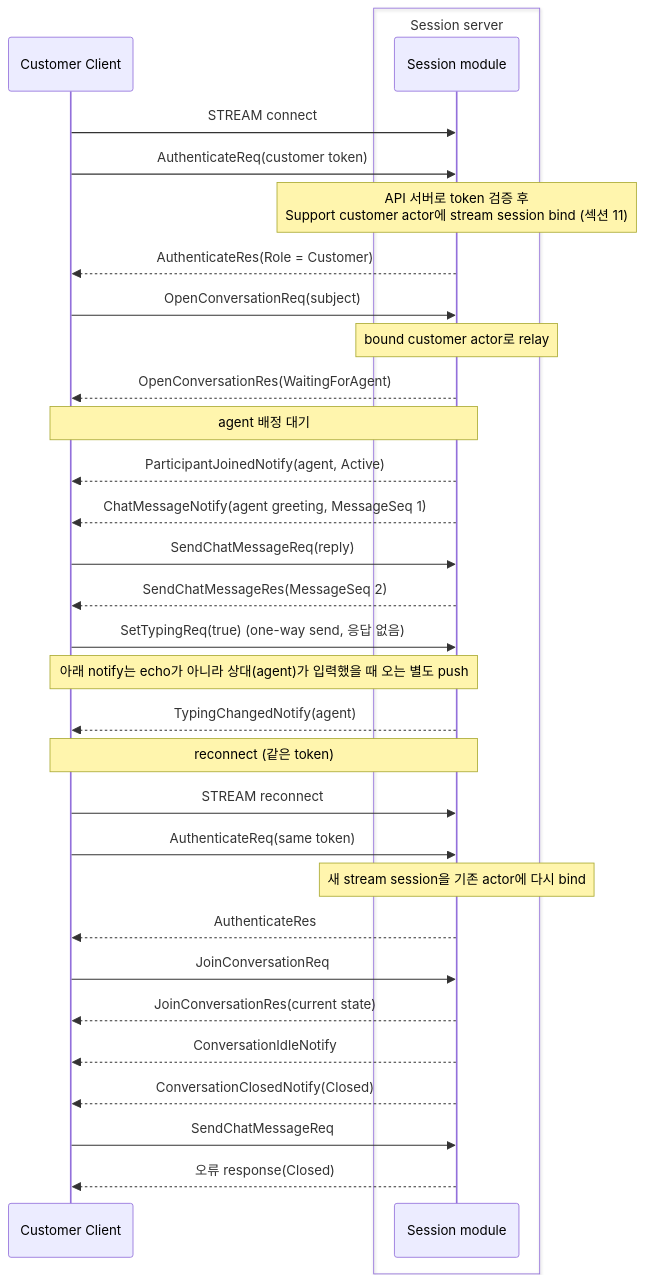
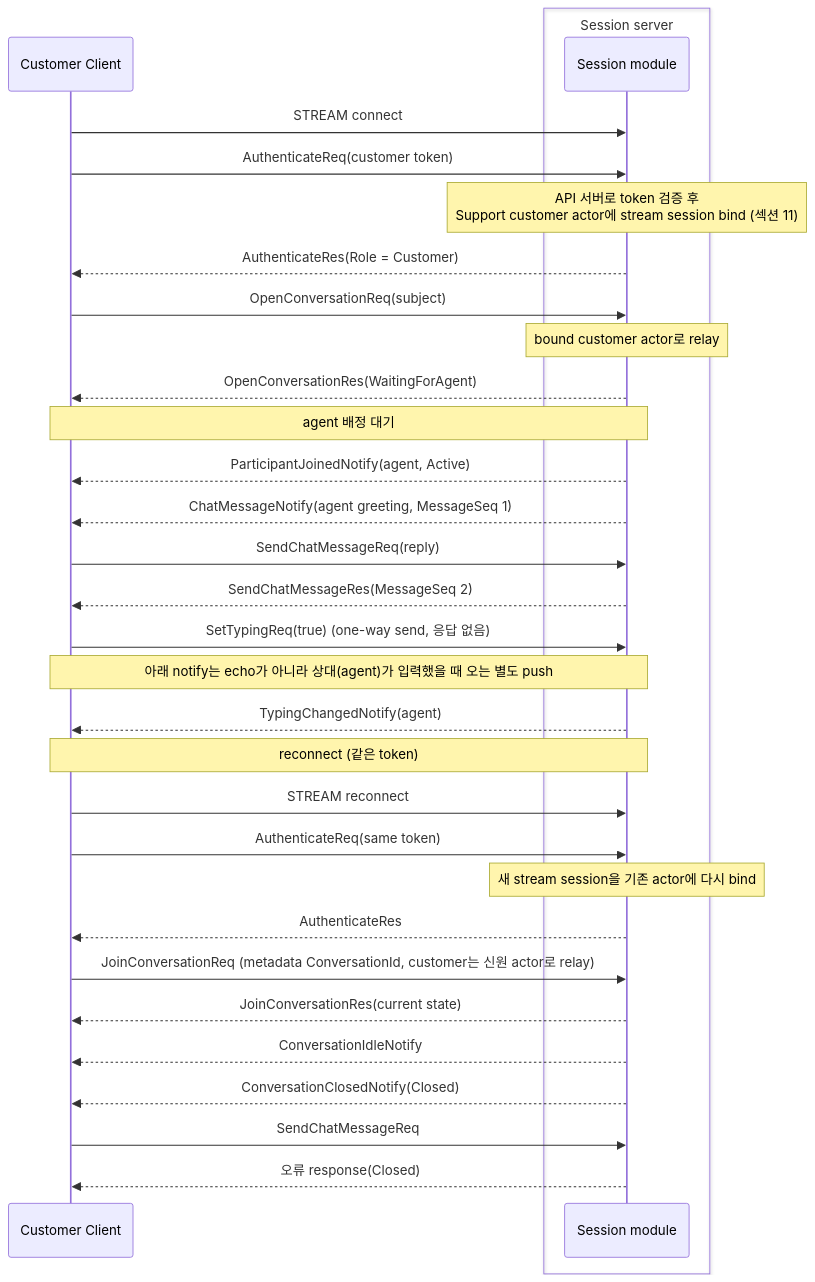
The eighth of 9 diagrams in framework/doc/framework/common/sample/supportchat/README.ko.md (kairos-code-dev/zlink), drawn with Mermaid before and after one commit. The commit also changed other lines of this file and 8 other files, not shown here.

````diff
--- a/framework/doc/framework/common/sample/supportchat/README.ko.md
+++ b/framework/doc/framework/common/sample/supportchat/README.ko.md
@@ -905,41 +917,41 @@
 ```mermaid
 sequenceDiagram
     participant C as Customer Client
 
     box Session server
         participant S as Session module
     end
 
     C->>S: STREAM connect
     C->>S: AuthenticateReq(customer token)
     Note over S: API 서버로 token 검증 후<br/>Support customer actor에 stream session bind (섹션 11)
     S-->>C: AuthenticateRes(Role = Customer)
 
     C->>S: OpenConversationReq(subject)
     Note over S: bound customer actor로 relay
     S-->>C: OpenConversationRes(WaitingForAgent)
 
     Note over C,S: agent 배정 대기
     S-->>C: ParticipantJoinedNotify(agent, Active)
     S-->>C: ChatMessageNotify(agent greeting, MessageSeq 1)
 
     C->>S: SendChatMessageReq(reply)
     S-->>C: SendChatMessageRes(MessageSeq 2)
 
     C->>S: SetTypingReq(true) (one-way send, 응답 없음)
     Note over C,S: 아래 notify는 echo가 아니라 상대(agent)가 입력했을 때 오는 별도 push
     S-->>C: TypingChangedNotify(agent)
 
     Note over C,S: reconnect (같은 token)
     C->>S: STREAM reconnect
     C->>S: AuthenticateReq(same token)
     Note over S: 새 stream session을 기존 actor에 다시 bind
     S-->>C: AuthenticateRes
-    C->>S: JoinConversationReq
+    C->>S: JoinConversationReq (metadata ConversationId, customer는 신원 actor로 relay)
     S-->>C: JoinConversationRes(current state)
 
     S-->>C: ConversationIdleNotify
     S-->>C: ConversationClosedNotify(Closed)
     C->>S: SendChatMessageReq
     S-->>C: 오류 response(Closed)
 ```
````
